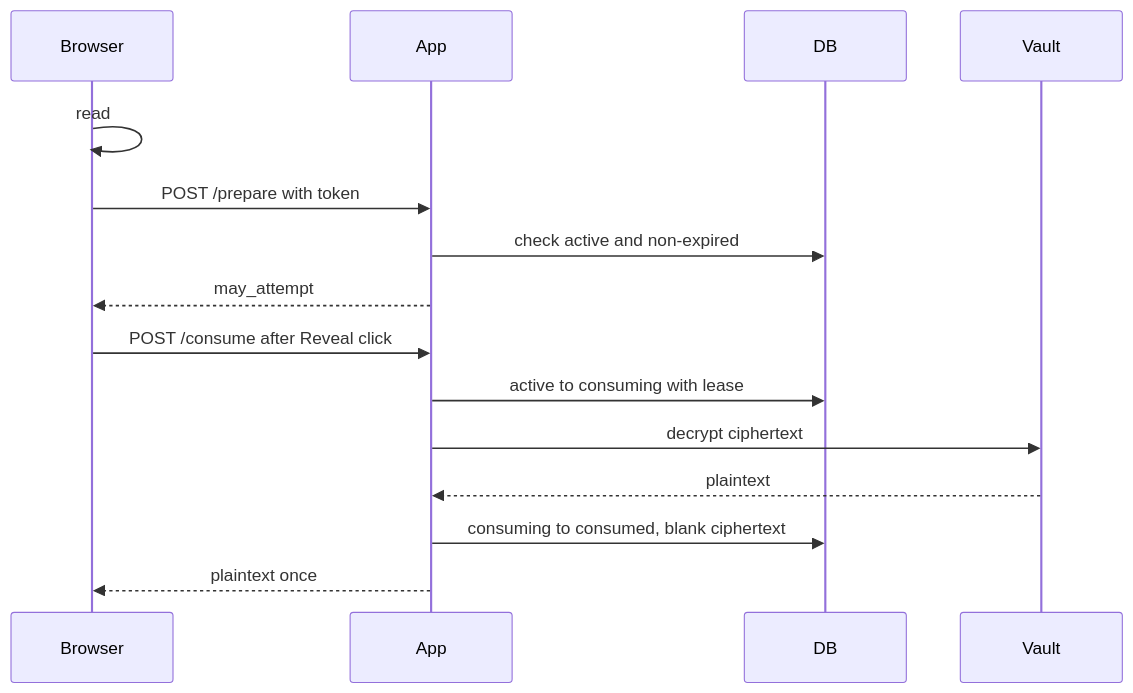
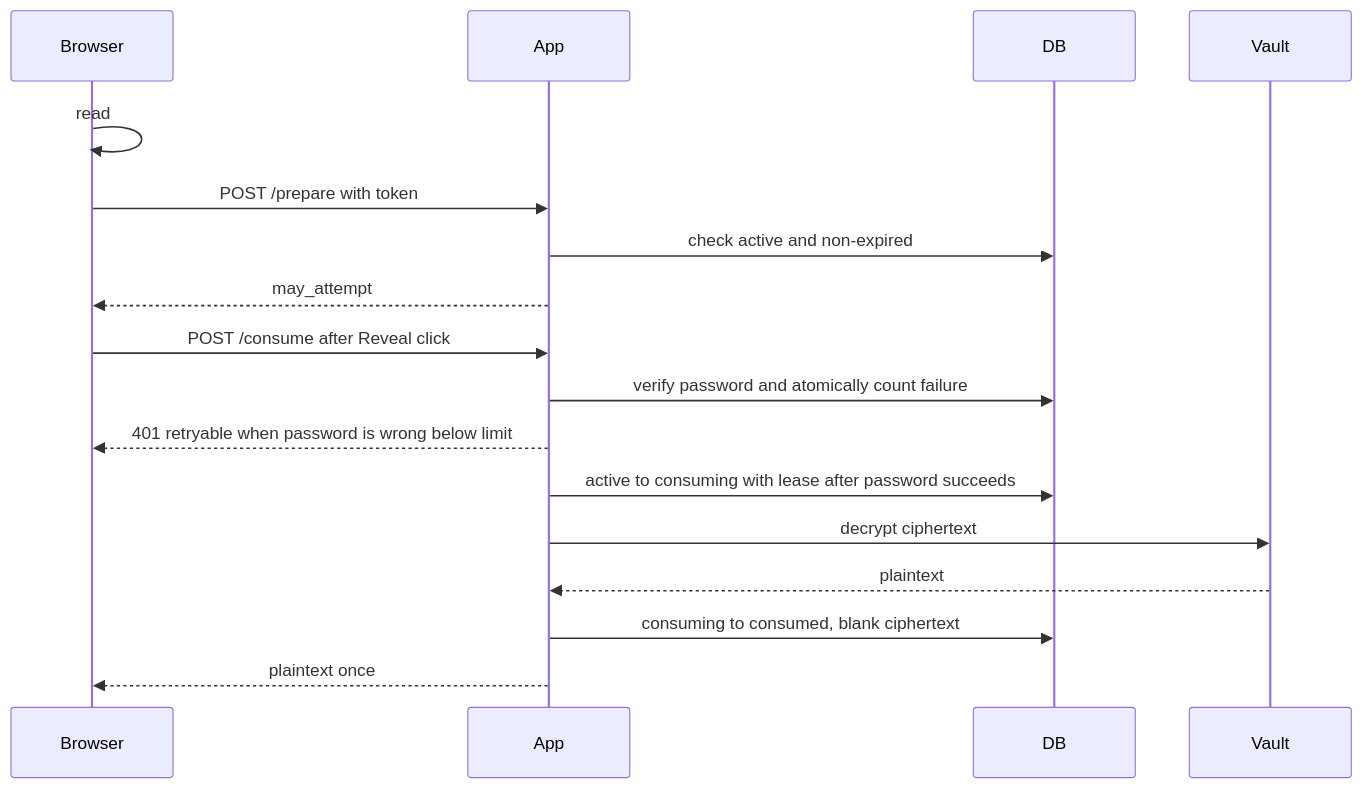
The third of 4 diagrams in ARCHITECTURE.md (Operalith/secureshare), drawn with Mermaid before and after one commit. The commit also changed other lines of this file and 14 other files, not shown here.

````diff
--- a/ARCHITECTURE.md
+++ b/ARCHITECTURE.md
@@ -74,17 +74,19 @@
 ```mermaid
 sequenceDiagram
   participant Browser
   participant App
   participant DB
   participant Vault
   Browser->>Browser: read #token and remove fragment
   Browser->>App: POST /prepare with token
   App->>DB: check active and non-expired
   App-->>Browser: may_attempt
   Browser->>App: POST /consume after Reveal click
-  App->>DB: active to consuming with lease
+  App->>DB: verify password and atomically count failure
+  App-->>Browser: 401 retryable when password is wrong below limit
+  App->>DB: active to consuming with lease after password succeeds
   App->>Vault: decrypt ciphertext
   Vault-->>App: plaintext
   App->>DB: consuming to consumed, blank ciphertext
   App-->>Browser: plaintext once
 ```
````
